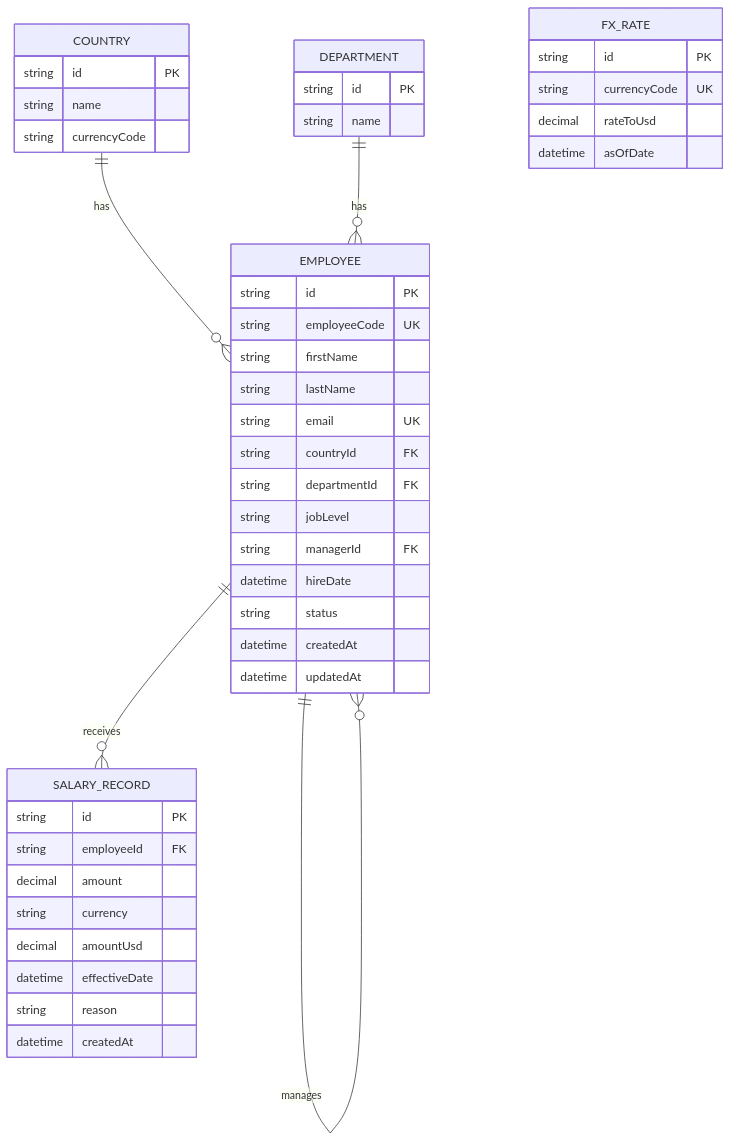
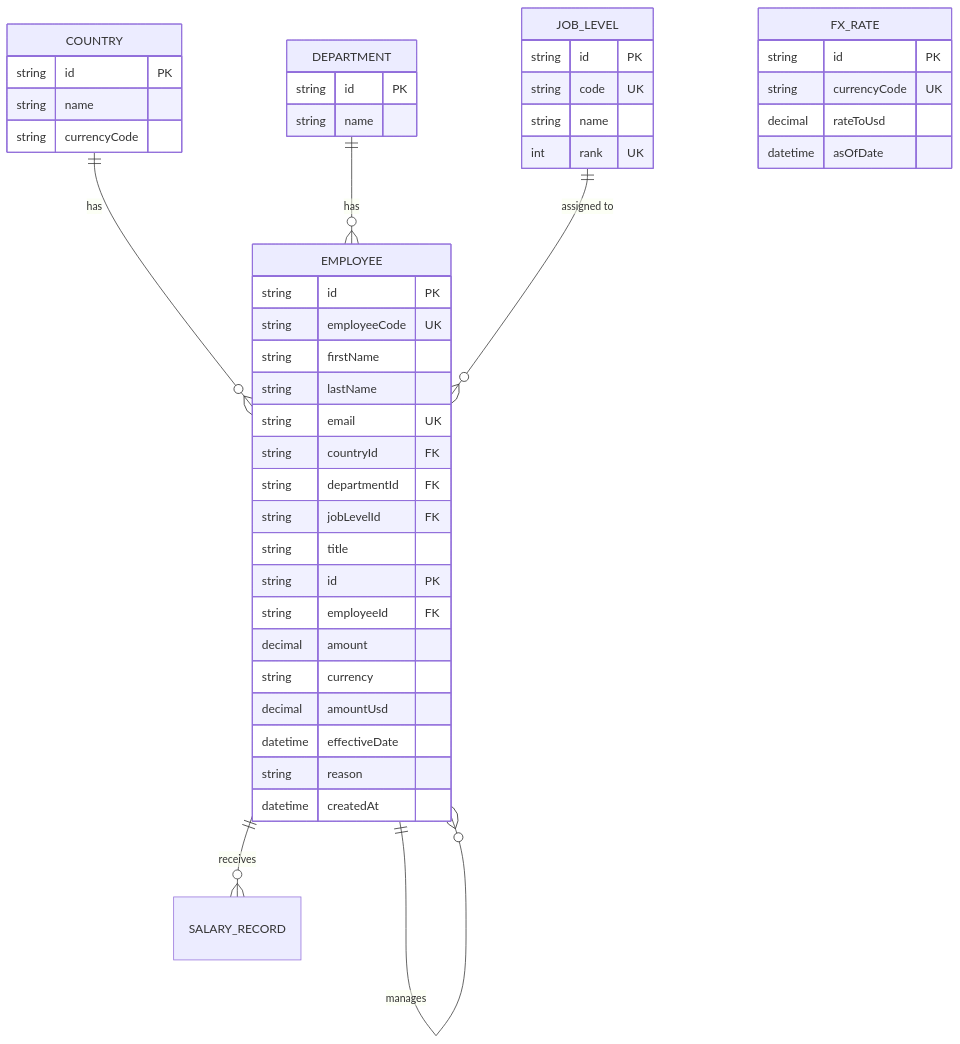
Before and after one commit to neha-saggam/salary-management: the second of 2 diagrams in docs/architecture.md, drawn with Mermaid.

Commit message:
docs: update ER diagram to reflect JobLevel table and title field

````diff
--- a/docs/architecture.md
+++ b/docs/architecture.md
@@ -35,52 +35,53 @@
 ```mermaid
 erDiagram
 		COUNTRY ||--o{ EMPLOYEE : "has"
 		DEPARTMENT ||--o{ EMPLOYEE : "has"
-		EMPLOYEE ||--o{ SALARY_RECORD : "receives"
-		EMPLOYEE ||--o{ EMPLOYEE : "manages"
+    JOB_LEVEL ||--o{ EMPLOYEE : "assigned to"
+    EMPLOYEE ||--o{ SALARY_RECORD : "receives"
+    EMPLOYEE ||--o{ EMPLOYEE : "manages"
 
-		COUNTRY {
-			string id PK
-			string name
-			string currencyCode
-		}
+    COUNTRY {
+      string id PK
+      string name
+      string currencyCode
+    }
 
-		DEPARTMENT {
-			string id PK
-			string name
-		}
+    DEPARTMENT {
+      string id PK
+      string name
+    }
 
-		EMPLOYEE {
-			string id PK
-			string employeeCode UK
-			string firstName
-			string lastName
-			string email UK
-			string countryId FK
-			string departmentId FK
-			string jobLevel
-			string managerId FK
-			datetime hireDate
-			string status
-			datetime createdAt
-			datetime updatedAt
-		}
+    JOB_LEVEL {
+      string id PK
+      string code UK
+      string name
+      int rank UK
+    }
 
-		SALARY_RECORD {
+    EMPLOYEE {
+      string id PK
+      string employeeCode UK
+      string firstName
+      string lastName
+      string email UK
+      string countryId FK
+      string departmentId FK
+      string jobLevelId FK
+      string title
 			string id PK
 			string employeeId FK
 			decimal amount
 			string currency
 			decimal amountUsd
 			datetime effectiveDate
 			string reason
 			datetime createdAt
 		}
 
 		FX_RATE {
 			string id PK
 			string currencyCode UK
 			decimal rateToUsd
 			datetime asOfDate
 		}
 ```
````
